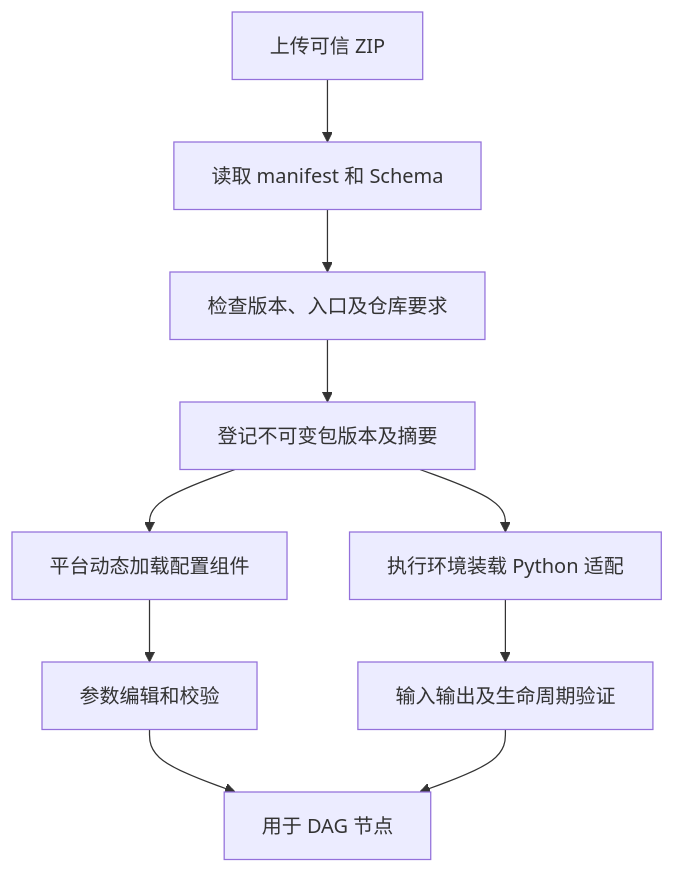
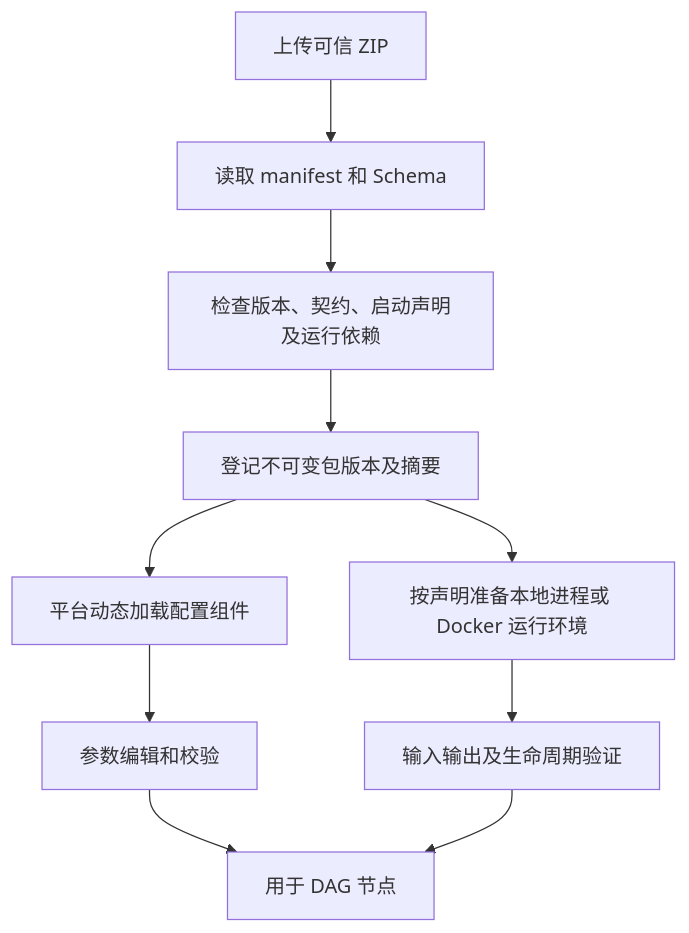
Before and after one commit to Minecodex/TestFlow: the second of 2 diagrams in docs/voice-test-platform/14-ZIP模块与动态配置设计.md, drawn with Mermaid. The commit also changed other lines of this file and 121 other files, not shown here.

````diff
--- a/docs/voice-test-platform/14-ZIP模块与动态配置设计.md
+++ b/docs/voice-test-platform/14-ZIP模块与动态配置设计.md
@@ -45,12 +97,12 @@
 ```mermaid
 flowchart TD
     A["上传可信 ZIP"] --> B["读取 manifest 和 Schema"]
-    B --> C["检查版本、入口及仓库要求"]
+    B --> C["检查版本、契约、启动声明及运行依赖"]
     C --> D["登记不可变包版本及摘要"]
     D --> E["平台动态加载配置组件"]
-    D --> F["执行环境装载 Python 适配"]
+    D --> F["按声明准备本地进程或 Docker 运行环境"]
     E --> G["参数编辑和校验"]
     F --> H["输入输出及生命周期验证"]
     G --> I["用于 DAG 节点"]
     H --> I
 ```
````
